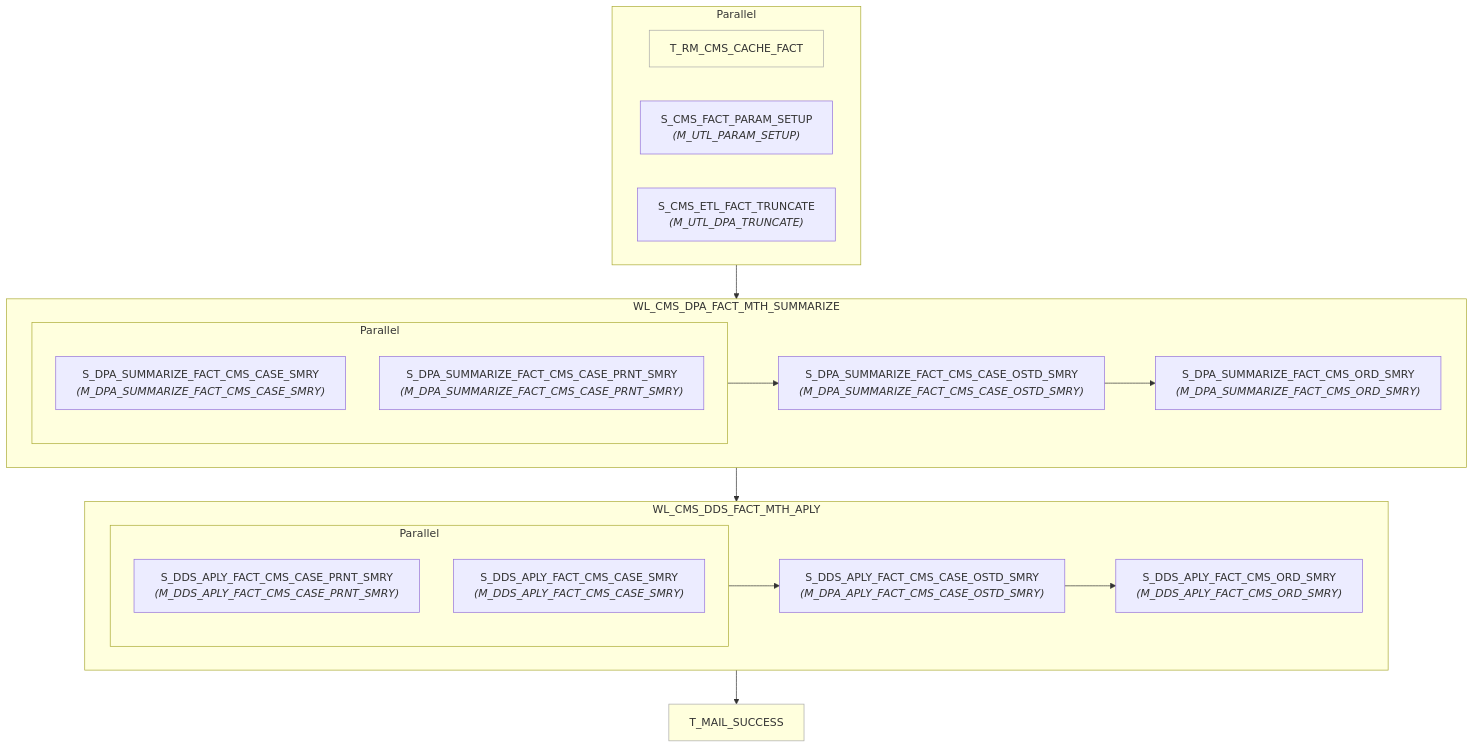
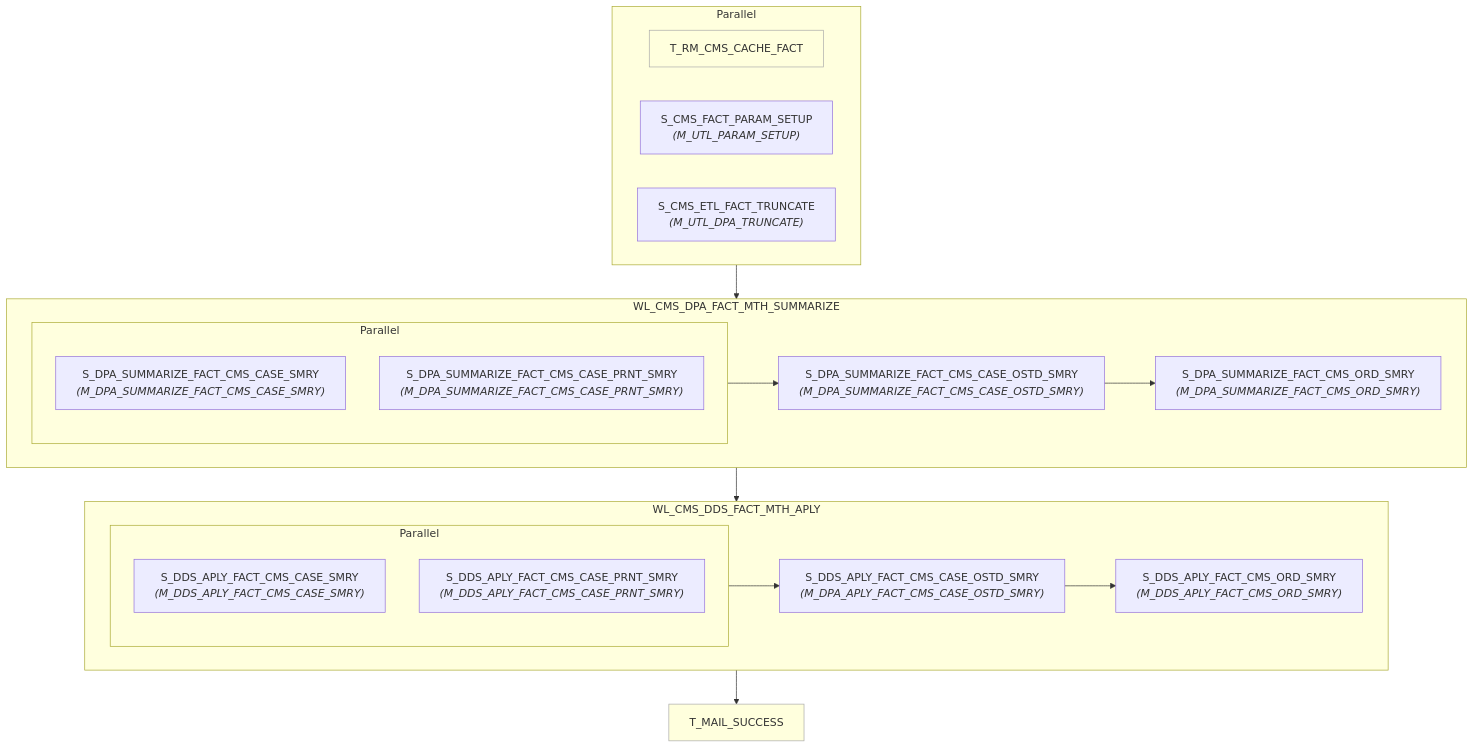
One commit to asl-adamxu/informatica-sparker-poc changed the diagram in informatica/PowerCenter_workflows/dds/WF_CMS_DDS_APLY_MTH_SPARK/wf_cms_dds_aply_mth.md. Above: the diagram before and after it, drawn with Mermaid. The commit also changed 40 other files, not shown here.

````diff
--- a/informatica/PowerCenter_workflows/dds/WF_CMS_DDS_APLY_MTH_SPARK/wf_cms_dds_aply_mth.md
+++ b/informatica/PowerCenter_workflows/dds/WF_CMS_DDS_APLY_MTH_SPARK/wf_cms_dds_aply_mth.md
@@ -7,41 +7,41 @@
 ```mermaid
 flowchart TD
     n1["T_RM_CMS_CACHE_FACT"]
     style n1 fill:#ffd,stroke:#aaa,stroke-width:1px
     n2["S_CMS_FACT_PARAM_SETUP<br/><i>(M_UTL_PARAM_SETUP)</i>"]
     n3["S_CMS_ETL_FACT_TRUNCATE<br/><i>(M_UTL_DPA_TRUNCATE)</i>"]
     subgraph pg4[Parallel]
         n1
         n2
         n3
     end
     subgraph wkl5["WL_CMS_DPA_FACT_MTH_SUMMARIZE"]
     n6["S_DPA_SUMMARIZE_FACT_CMS_CASE_SMRY<br/><i>(M_DPA_SUMMARIZE_FACT_CMS_CASE_SMRY)</i>"]
     n7["S_DPA_SUMMARIZE_FACT_CMS_CASE_PRNT_SMRY<br/><i>(M_DPA_SUMMARIZE_FACT_CMS_CASE_PRNT_SMRY)</i>"]
     subgraph pg8[Parallel]
         n6
         n7
     end
     n9["S_DPA_SUMMARIZE_FACT_CMS_CASE_OSTD_SMRY<br/><i>(M_DPA_SUMMARIZE_FACT_CMS_CASE_OSTD_SMRY)</i>"]
     n10["S_DPA_SUMMARIZE_FACT_CMS_ORD_SMRY<br/><i>(M_DPA_SUMMARIZE_FACT_CMS_ORD_SMRY)</i>"]
         pg8 --> n9
         n9 --> n10
     end
     subgraph wkl11["WL_CMS_DDS_FACT_MTH_APLY"]
-    n12["S_DDS_APLY_FACT_CMS_CASE_PRNT_SMRY<br/><i>(M_DDS_APLY_FACT_CMS_CASE_PRNT_SMRY)</i>"]
-    n13["S_DDS_APLY_FACT_CMS_CASE_SMRY<br/><i>(M_DDS_APLY_FACT_CMS_CASE_SMRY)</i>"]
+    n12["S_DDS_APLY_FACT_CMS_CASE_SMRY<br/><i>(M_DDS_APLY_FACT_CMS_CASE_SMRY)</i>"]
+    n13["S_DDS_APLY_FACT_CMS_CASE_PRNT_SMRY<br/><i>(M_DDS_APLY_FACT_CMS_CASE_PRNT_SMRY)</i>"]
     subgraph pg14[Parallel]
         n12
         n13
     end
     n15["S_DDS_APLY_FACT_CMS_CASE_OSTD_SMRY<br/><i>(M_DPA_APLY_FACT_CMS_CASE_OSTD_SMRY)</i>"]
     n16["S_DDS_APLY_FACT_CMS_ORD_SMRY<br/><i>(M_DDS_APLY_FACT_CMS_ORD_SMRY)</i>"]
         pg14 --> n15
         n15 --> n16
     end
     n17["T_MAIL_SUCCESS"]
     style n17 fill:#ffd,stroke:#aaa,stroke-width:1px
     pg4 --> wkl5
     wkl5 --> wkl11
     wkl11 --> n17
 ```
````
